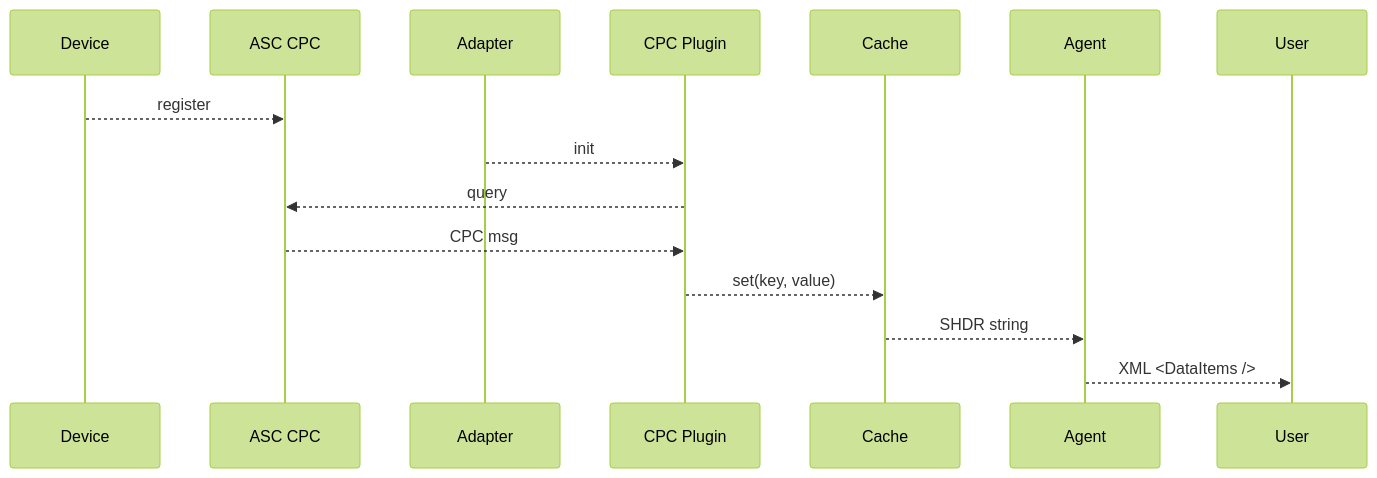
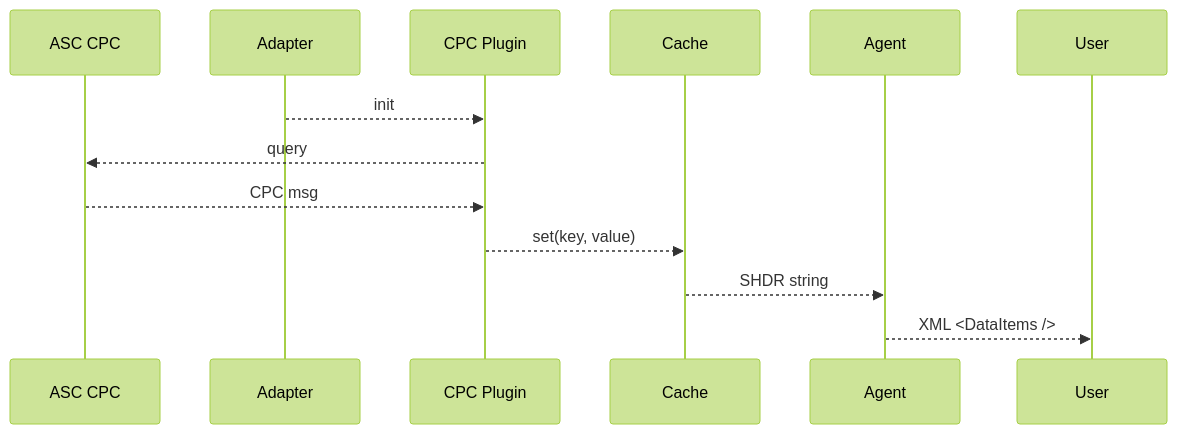
One commit to Ladder99/ladder99 changed the third of 3 diagrams in design/plugins.md. Above: the diagram before and after it, drawn with Mermaid (forest theme).

````diff
--- a/design/plugins.md
+++ b/design/plugins.md
@@ -56,20 +56,18 @@
 ```mermaid
 sequenceDiagram
 
-participant device as Device
 participant server as ASC CPC
 participant adapter as Adapter
 participant plugin as CPC Plugin
 participant cache as Cache
 participant agent as Agent
 participant user as User
 
-device -->> server: register
 adapter -->> plugin: init
 plugin -->> server: query
 server -->> plugin: CPC msg
 plugin -->> cache: set(key, value)
 cache -->> agent: SHDR string
 agent -->> user: XML <DataItems />
 
 ```
````
